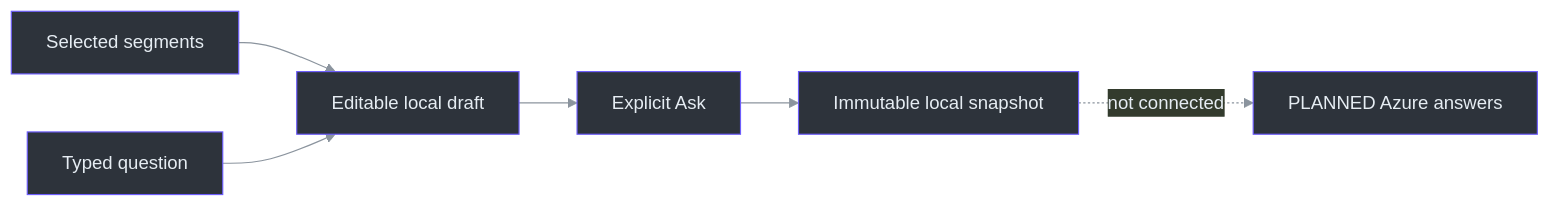
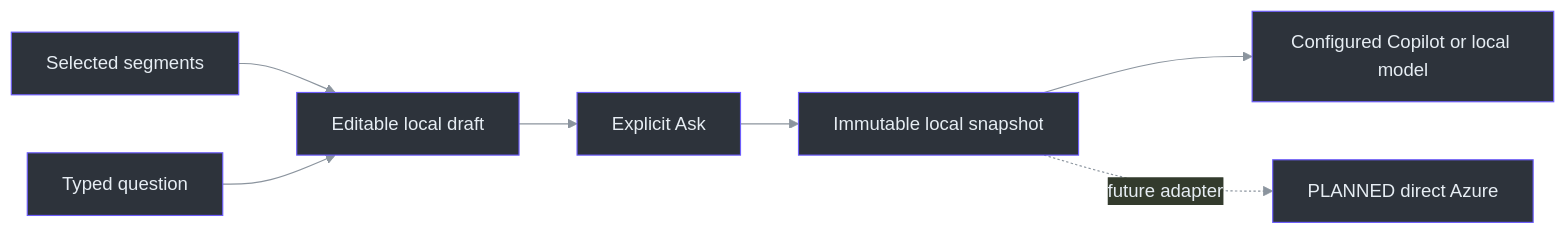
The second of 2 diagrams in docs/OVERVIEW.md (Zanark/phantom-fudge), drawn with Mermaid before and after one commit. The commit also changed other lines of this file and 116 other files, not shown here.

````diff
--- a/docs/OVERVIEW.md
+++ b/docs/OVERVIEW.md
@@ -131,19 +131,20 @@
 ```mermaid
 ---
 config:
   theme: base
   themeVariables:
     primaryColor: "#2d333b"
     primaryBorderColor: "#6d5dfc"
     primaryTextColor: "#e6edf3"
     lineColor: "#8b949e"
 ---
 flowchart LR
     accTitle: Local question state and the unconnected Azure boundary
-    accDescr: Explicit selection or typing creates a local draft. Ask freezes exact text. The future Azure answer connection remains unimplemented.
+    accDescr: Selection or typing creates a draft. Explicit Ask freezes exact text and uses the selected installed provider; direct Azure remains future work.
     Selected["Selected segments"] --> Draft["Editable local draft"]
     Typed["Typed question"] --> Draft
     Draft --> Ask["Explicit Ask"]
     Ask --> Snapshot["Immutable local snapshot"]
-    Snapshot -. "not connected" .-> Azure["PLANNED Azure answers"]
+    Snapshot --> Provider["Configured Copilot or local model"]
+    Snapshot -. "future adapter" .-> Azure["PLANNED direct Azure"]
 ```
````
